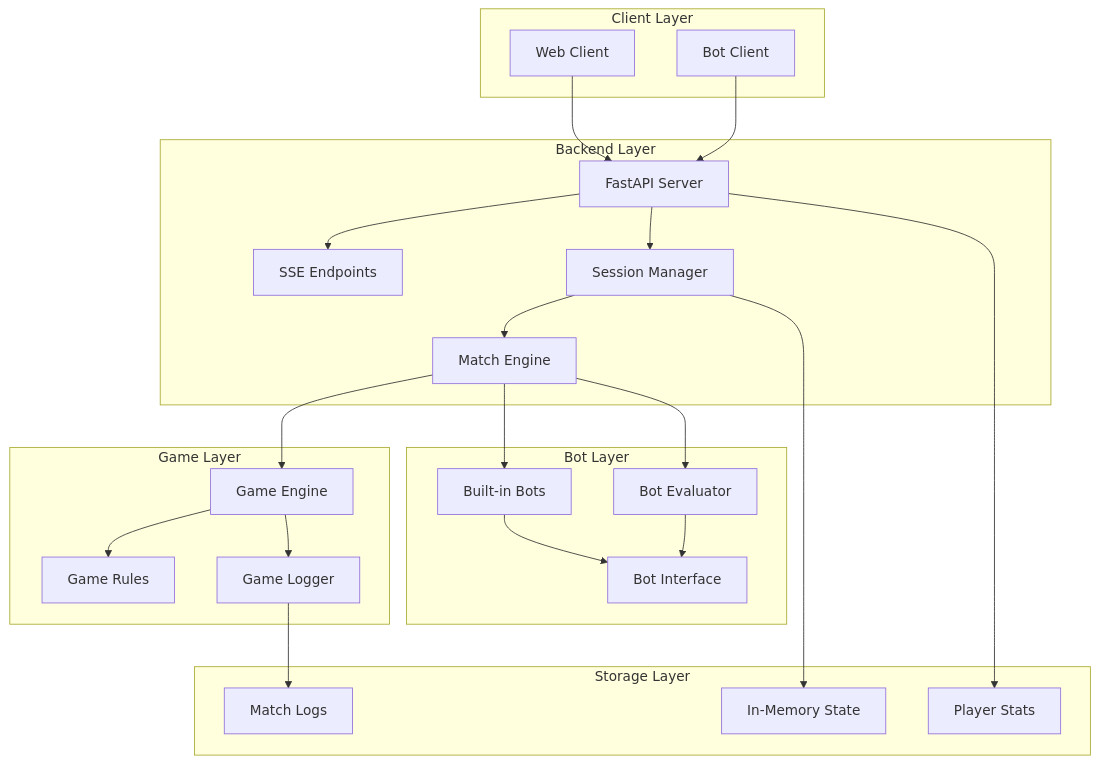
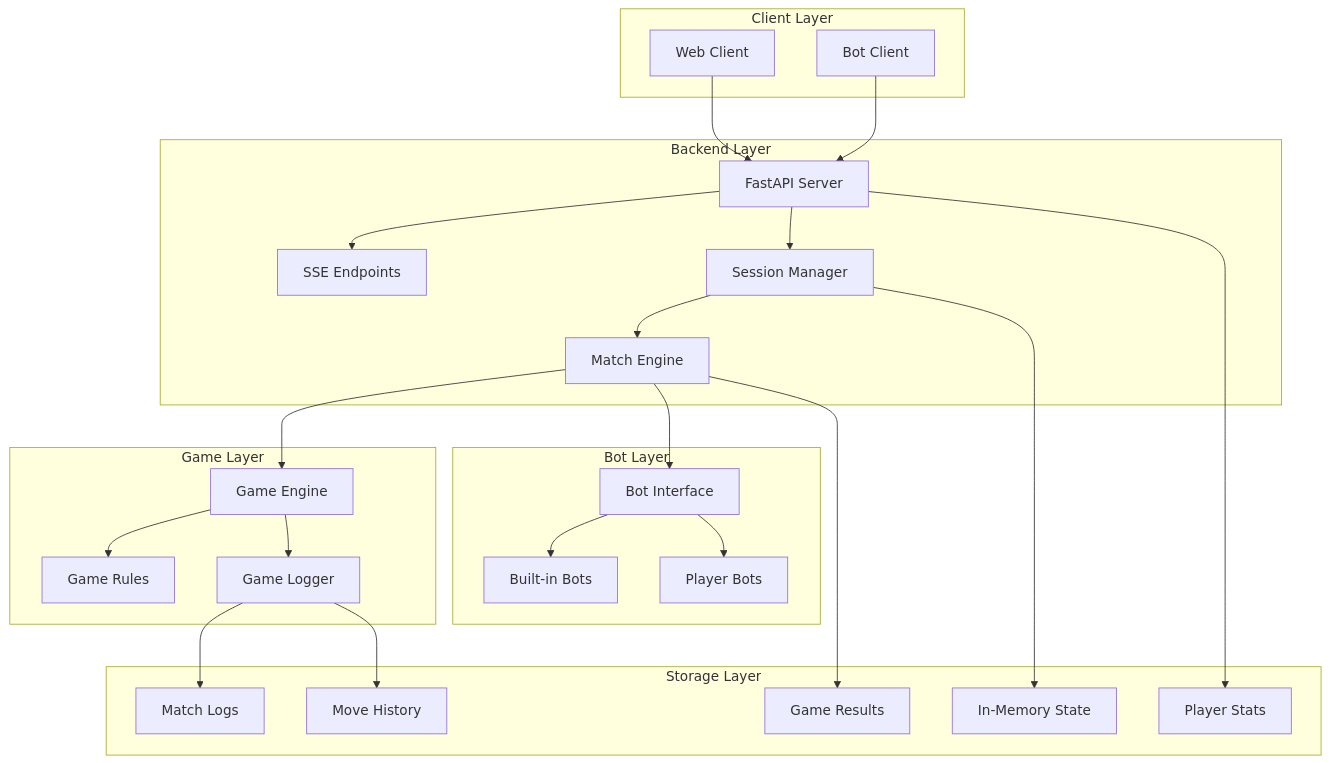
Before and after one commit to swex-camp2024-copilot/swex-camp-spellcaster: the diagram in .vibedev/specs/spellcasters-playground-backend/design.md, drawn with Mermaid. The commit also changed other lines of this file, not shown here.

````diff
--- a/.vibedev/specs/spellcasters-playground-backend/design.md
+++ b/.vibedev/specs/spellcasters-playground-backend/design.md
@@ -19,48 +19,51 @@
 ```mermaid
 graph TB
     subgraph "Client Layer"
         WEB[Web Client]
         BOT[Bot Client]
     end
     
     subgraph "Backend Layer"
         API[FastAPI Server]
         SSE[SSE Endpoints]
         SESSION[Session Manager]
         MATCH[Match Engine]
     end
     
     subgraph "Game Layer"
         ENGINE[Game Engine]
         RULES[Game Rules]
         LOGGER[Game Logger]
     end
     
     subgraph "Bot Layer"
+        INTERFACE[Bot Interface]
         BUILTIN[Built-in Bots]
-        EVAL[Bot Evaluator]
-        INTERFACE[Bot Interface]
+        PLAYER[Player Bots]
     end
     
     subgraph "Storage Layer"
         MEMORY[In-Memory State]
         LOGS[Match Logs]
         STATS[Player Stats]
+        HISTORY[Move History]
+        RESULTS[Game Results]
     end
     
     WEB --> API
     BOT --> API
     API --> SSE
     API --> SESSION
     SESSION --> MATCH
     MATCH --> ENGINE
-    MATCH --> BUILTIN
-    MATCH --> EVAL
+    MATCH --> INTERFACE
     ENGINE --> RULES
     ENGINE --> LOGGER
-    EVAL --> INTERFACE
-    BUILTIN --> INTERFACE
+    INTERFACE --> BUILTIN
+    INTERFACE --> PLAYER
     SESSION --> MEMORY
     LOGGER --> LOGS
+    LOGGER --> HISTORY
     API --> STATS
+    MATCH --> RESULTS
 ```
````
